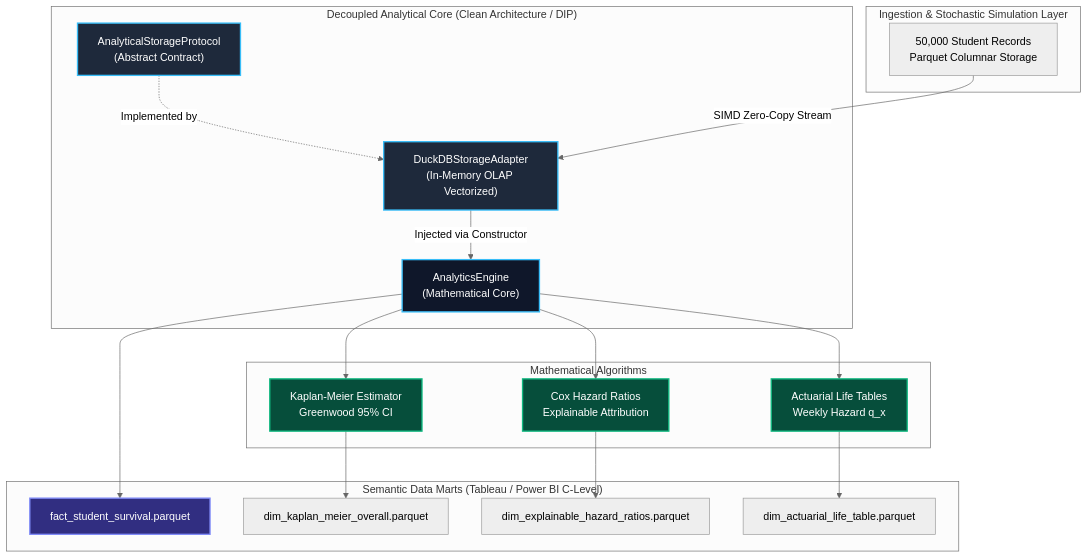
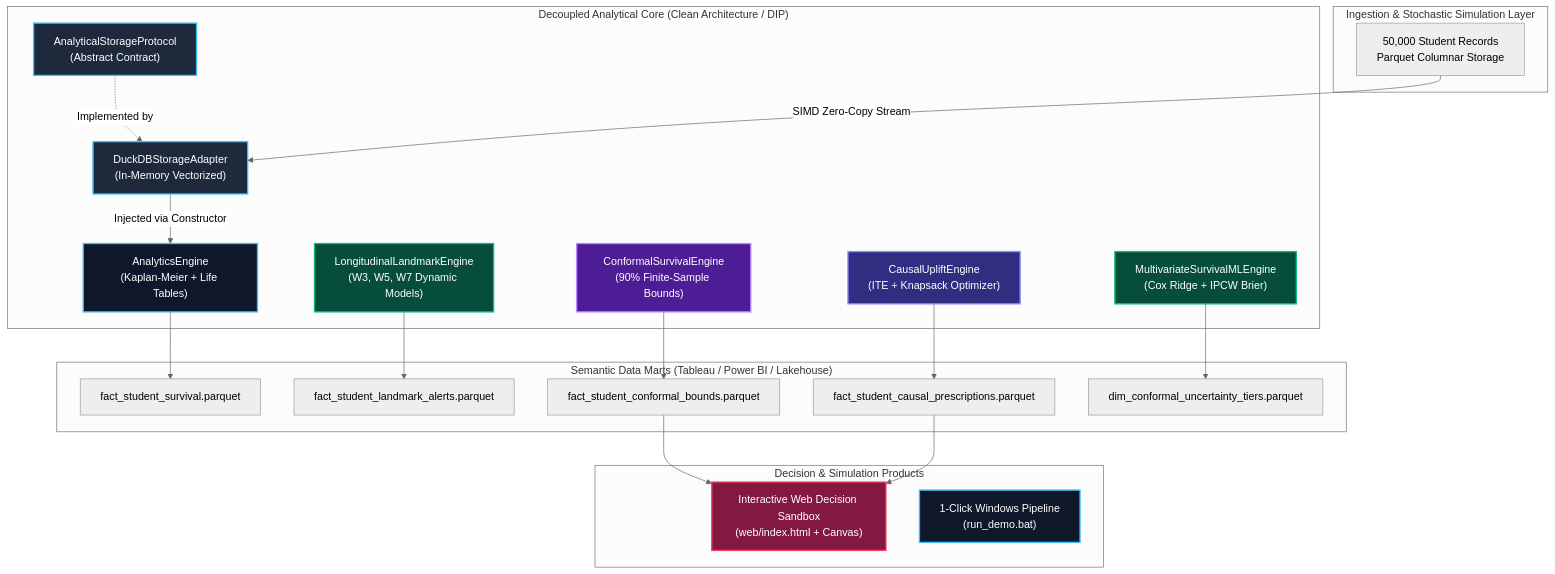
The diagram in README.md (Maxrodri0311/crossing-hurdles-talent-survival-engine), drawn with Mermaid (neutral theme) before and after one commit. The commit also changed other lines of this file and 7 other files, not shown here.

Commit message:
implement finite-sample survival uncertainty bounds and interactive policy decision sandbox

````diff
--- a/README.md
+++ b/README.md
@@ -55,46 +55,51 @@
 ```mermaid
 flowchart TD
     subgraph "Ingestion & Stochastic Simulation Layer"
         RAW["50,000 Student Records<br/>Parquet Columnar Storage"]
     end
 
     subgraph "Decoupled Analytical Core (Clean Architecture / DIP)"
         PROT["AnalyticalStorageProtocol<br/>(Abstract Contract)"]
-        ADAPT["DuckDBStorageAdapter<br/>(In-Memory OLAP Vectorized)"]
-        ENG["AnalyticsEngine<br/>(Mathematical Core)"]
+        ADAPT["DuckDBStorageAdapter<br/>(In-Memory Vectorized)"]
+        ENG["AnalyticsEngine<br/>(Kaplan-Meier + Life Tables)"]
+        ML["MultivariateSurvivalMLEngine<br/>(Cox Ridge + IPCW Brier)"]
+        LAND["LongitudinalLandmarkEngine<br/>(W3, W5, W7 Dynamic Models)"]
+        UPLIFT["CausalUpliftEngine<br/>(ITE + Knapsack Optimizer)"]
+        CONF["ConformalSurvivalEngine<br/>(90% Finite-Sample Bounds)"]
         
         PROT -.->|Implemented by| ADAPT
         ADAPT -->|Injected via Constructor| ENG
         RAW -->|SIMD Zero-Copy Stream| ADAPT
     end
 
-    subgraph "Mathematical Algorithms"
-        KM["Kaplan-Meier Estimator<br/>Greenwood 95% CI"]
-        ALT["Actuarial Life Tables<br/>Weekly Hazard q_x"]
-        HR["Cox Hazard Ratios<br/>Explainable Attribution"]
-        
-        ENG --> KM
-        ENG --> ALT
-        ENG --> HR
+    subgraph "Decision & Simulation Products"
+        WEB["Interactive Web Decision Sandbox<br/>(web/index.html + Canvas)"]
+        CLI["1-Click Windows Pipeline<br/>(run_demo.bat)"]
     end
 
-    subgraph "Semantic Data Marts (Tableau / Power BI C-Level)"
+    subgraph "Semantic Data Marts (Tableau / Power BI / Lakehouse)"
         FACT["fact_student_survival.parquet"]
-        DIM_KM["dim_kaplan_meier_overall.parquet"]
-        DIM_HR["dim_explainable_hazard_ratios.parquet"]
-        DIM_LT["dim_actuarial_life_table.parquet"]
-        
-        KM --> DIM_KM
-        ALT --> DIM_LT
-        HR --> DIM_HR
-        ENG --> FACT
+        FACT_ALERT["fact_student_landmark_alerts.parquet"]
+        FACT_UPLIFT["fact_student_causal_prescriptions.parquet"]
+        FACT_CONF["fact_student_conformal_bounds.parquet"]
+        DIM_TIERS["dim_conformal_uncertainty_tiers.parquet"]
     end
+
+    ENG --> FACT
+    ML --> DIM_TIERS
+    LAND --> FACT_ALERT
+    UPLIFT --> FACT_UPLIFT
+    CONF --> FACT_CONF
+    FACT_CONF --> WEB
+    FACT_UPLIFT --> WEB
 
     style PROT fill:#1E293B,stroke:#38BDF8,stroke-width:2px,color:#FFFFFF
     style ADAPT fill:#1E293B,stroke:#38BDF8,stroke-width:2px,color:#FFFFFF
     style ENG fill:#0F172A,stroke:#38BDF8,stroke-width:2px,color:#FFFFFF
-    style KM fill:#064E3B,stroke:#10B981,stroke-width:2px,color:#FFFFFF
-    style ALT fill:#064E3B,stroke:#10B981,stroke-width:2px,color:#FFFFFF
-    style HR fill:#064E3B,stroke:#10B981,stroke-width:2px,color:#FFFFFF
-    style FACT fill:#312E81,stroke:#818CF8,stroke-width:2px,color:#FFFFFF
+    style ML fill:#064E3B,stroke:#10B981,stroke-width:2px,color:#FFFFFF
+    style LAND fill:#064E3B,stroke:#10B981,stroke-width:2px,color:#FFFFFF
+    style UPLIFT fill:#312E81,stroke:#818CF8,stroke-width:2px,color:#FFFFFF
+    style CONF fill:#4C1D95,stroke:#C084FC,stroke-width:2px,color:#FFFFFF
+    style WEB fill:#831843,stroke:#F43F5E,stroke-width:2px,color:#FFFFFF
+    style CLI fill:#0F172A,stroke:#38BDF8,stroke-width:2px,color:#FFFFFF
 ```
````
